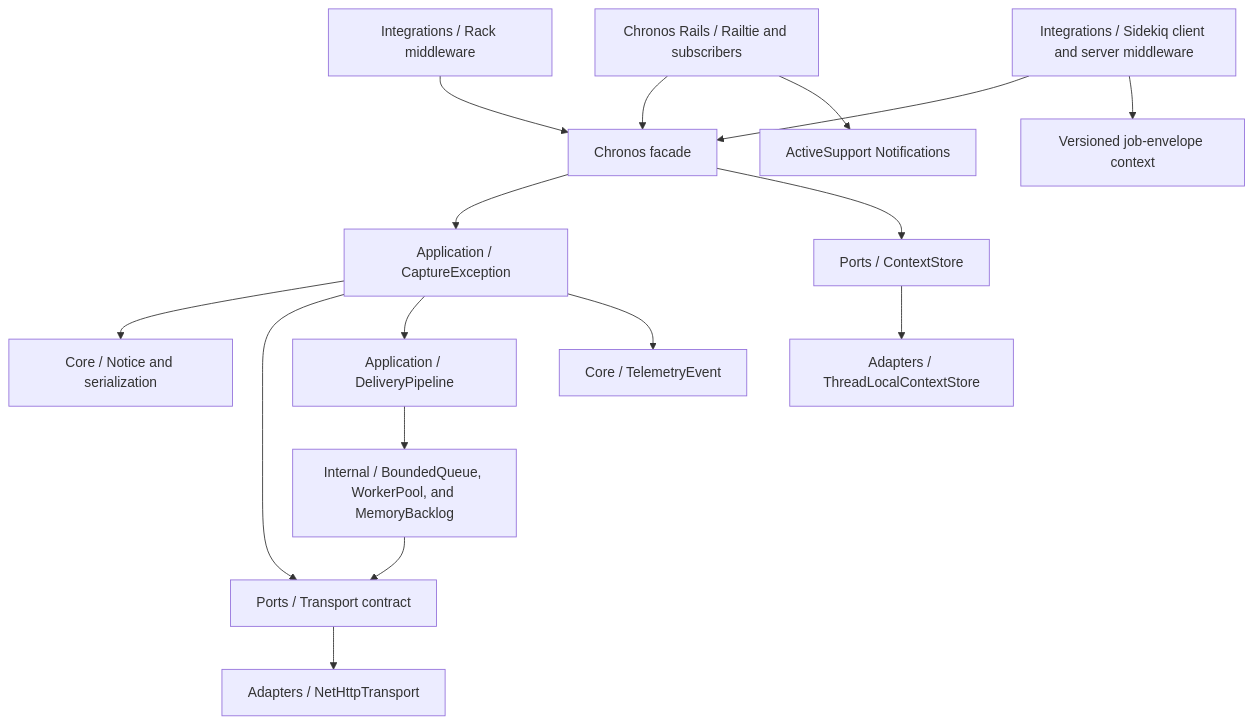
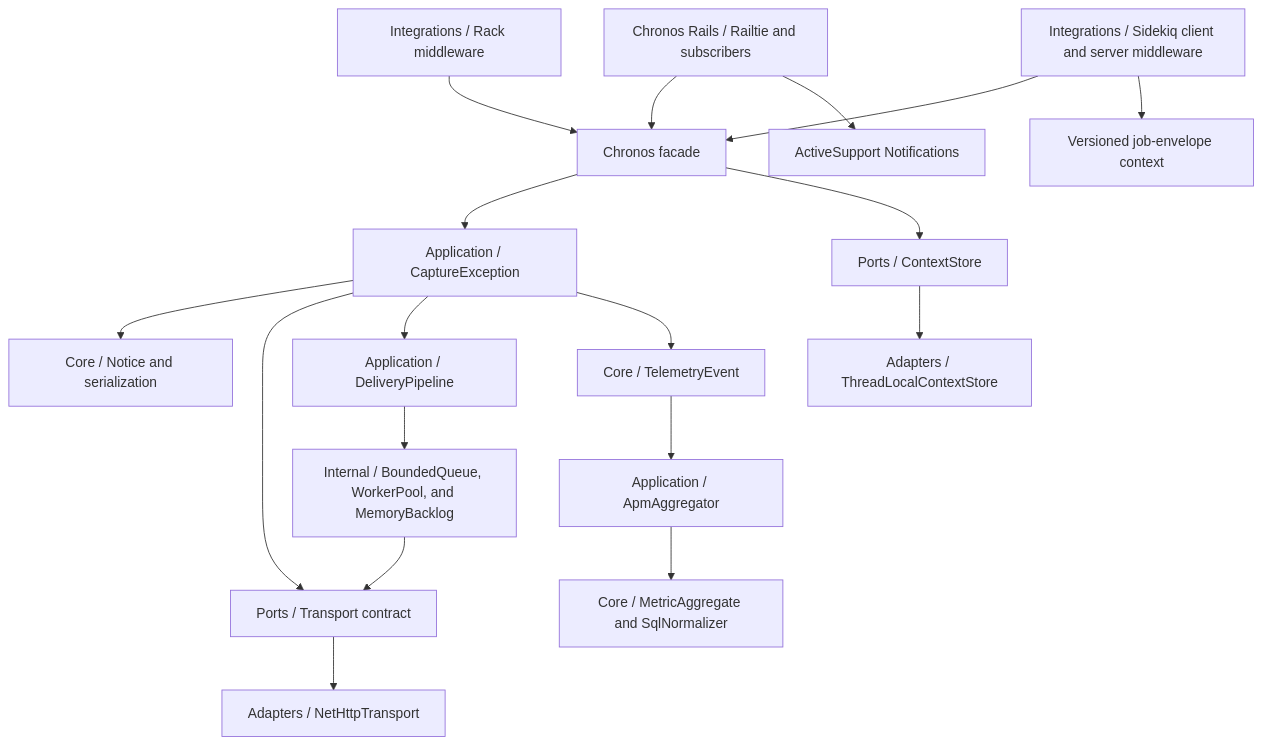
One commit to antoniojefferson/chronos-ruby changed the diagram in docs/architecture.md. Above: the diagram before and after it, drawn with Mermaid. The commit also changed other lines of this file and 50 other files, not shown here.

Commit message:
feat: add bounded APM aggregation for requests, SQL, and jobs (#10)

````diff
--- a/docs/architecture.md
+++ b/docs/architecture.md
@@ -5,18 +5,20 @@
 ```mermaid
 flowchart TB
   Facade[Chronos facade] --> Application[Application / CaptureException]
   Application --> Core[Core / Notice and serialization]
   Application --> Ports[Ports / Transport contract]
   Ports --> Adapter[Adapters / NetHttpTransport]
   Application --> Delivery[Application / DeliveryPipeline]
   Delivery --> Internal[Internal / BoundedQueue, WorkerPool, and MemoryBacklog]
   Internal --> Ports
   Rack[Integrations / Rack middleware] --> Facade
   Facade --> Context[Ports / ContextStore]
   Context --> ThreadLocal[Adapters / ThreadLocalContextStore]
   Rails[Chronos Rails / Railtie and subscribers] --> Facade
   Rails --> Notifications[ActiveSupport Notifications]
   Sidekiq[Integrations / Sidekiq client and server middleware] --> Facade
   Sidekiq --> Envelope[Versioned job-envelope context]
   Application --> Telemetry[Core / TelemetryEvent]
+  Telemetry --> APM[Application / ApmAggregator]
+  APM --> Metrics[Core / MetricAggregate and SqlNormalizer]
 ```
````
